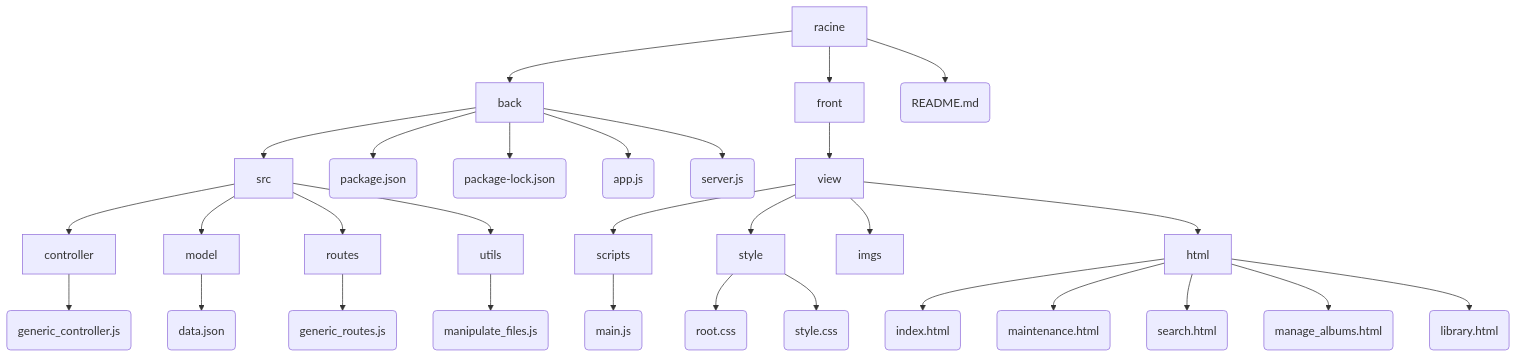
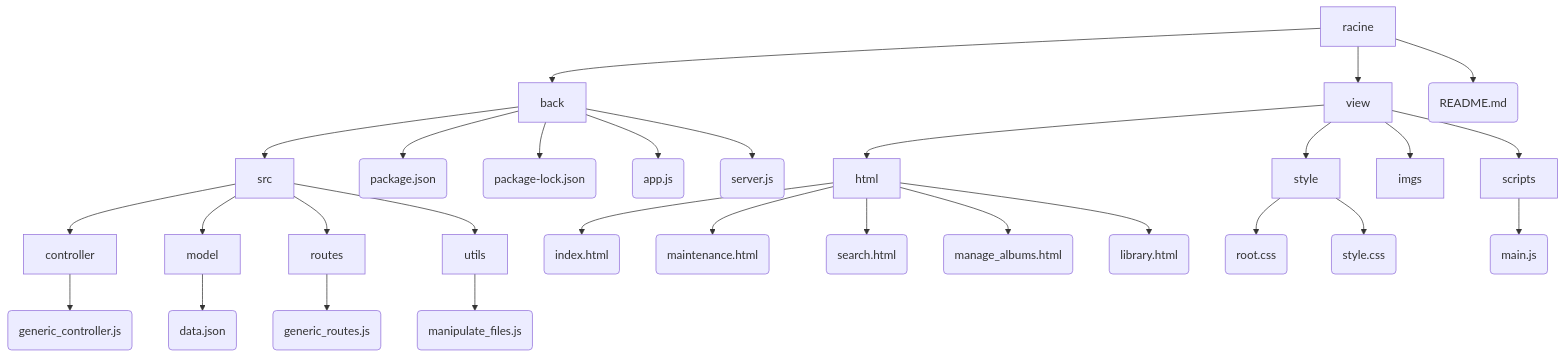
Before and after one commit to MogwaiRGod/Eval_MVC: the diagram in README.md, drawn with Mermaid. The commit also changed other lines of this file and 1 other file, not shown here.

Commit message:
organigramme correction

````diff
--- a/README.md
+++ b/README.md
@@ -80,34 +80,33 @@
 ```mermaid
 graph TD
     AA --> B[src]
     B --> K[controller]
     B --> L[model]
     B --> M[routes]
     B --> N[utils]
     K --> O(generic_controller.js)
     L --> P(data.json)
     M --> Q(generic_routes.js)
     N --> R(manipulate_files.js)
     AA --> T(package.json)
     AA --> U(package-lock.json)
     AA --> D(app.js)
     AA --> E(server.js)
     C[view] --> F[scripts]
     A[racine] -->  AA[back]
-    A --> BB[front]
         A --> S(README.md)
-    BB --> C[view]
+    A --> C[view]
     C[view] --> G[style]
     C[view] --> V[imgs]
     C[view] --> W[html]
     W --> X(index.html)
     W --> Y(maintenance.html)
     W --> Z(search.html)
     W --> WW(manage_albums.html)
     W --> WX(library.html)
     G[style] --> H(root.css)
     G[style] --> I(style.css)
     F[scripts] --> J(main.js)
     
     
 ```
````
